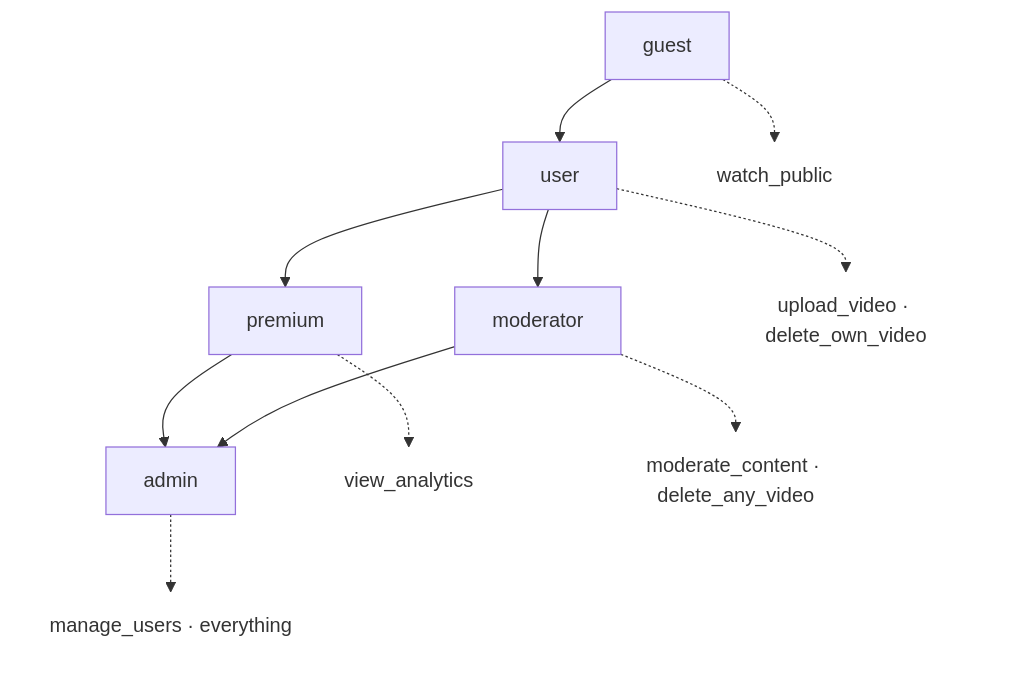
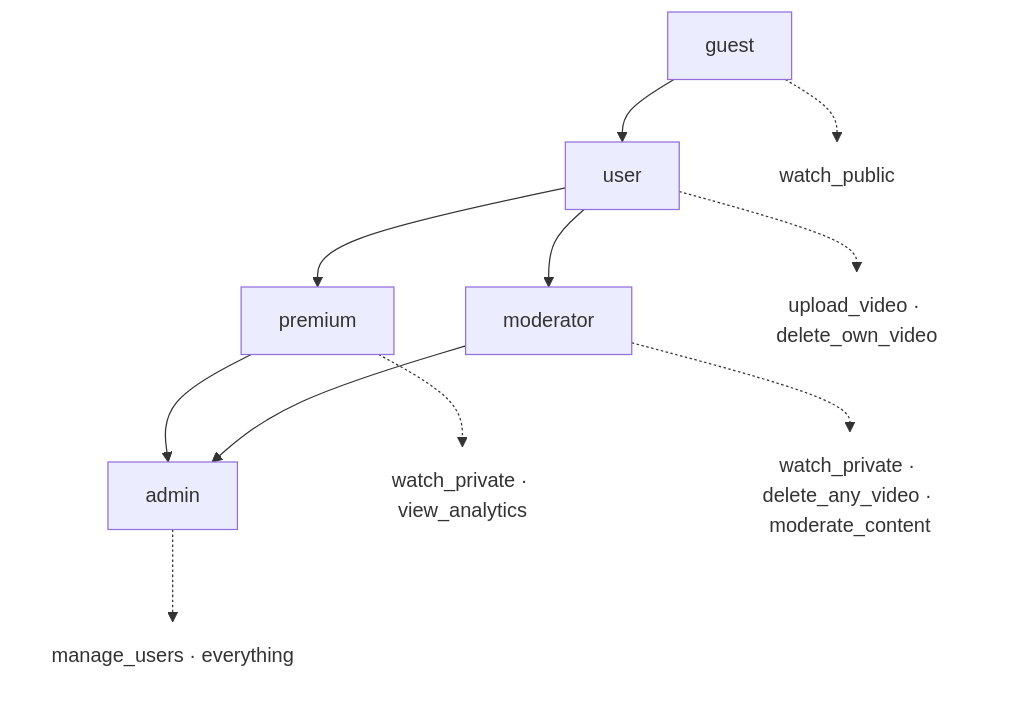
Before and after one commit to Nuu-maan/video-streaming-service: the fifth of 6 diagrams in README.md, drawn with Mermaid. The commit also changed other lines of this file and 1 other file, not shown here.

````diff
--- a/README.md
+++ b/README.md
@@ -171,16 +235,16 @@
 ```mermaid
 flowchart TD
     G["guest"] --> U["user"] --> PR["premium"]
     U --> M["moderator"]
     PR --> A["admin"]
     M --> A
 
     G -.-> p1["watch_public"]
     U -.-> p2["upload_video · delete_own_video"]
-    PR -.-> p3["view_analytics"]
-    M -.-> p4["moderate_content · delete_any_video"]
+    PR -.-> p3["watch_private · view_analytics"]
+    M -.-> p4["watch_private · delete_any_video · moderate_content"]
     A -.-> p5["manage_users · everything"]
 
     classDef perm fill:none,stroke:none
     class p1,p2,p3,p4,p5 perm
 ```
````
